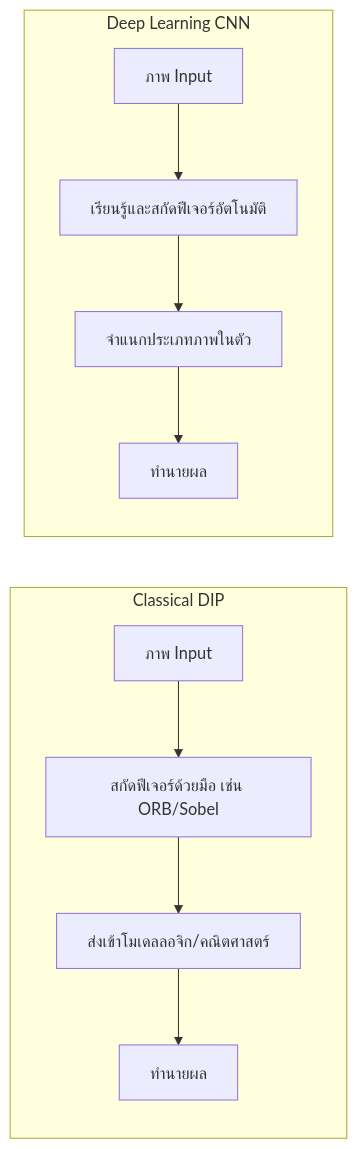
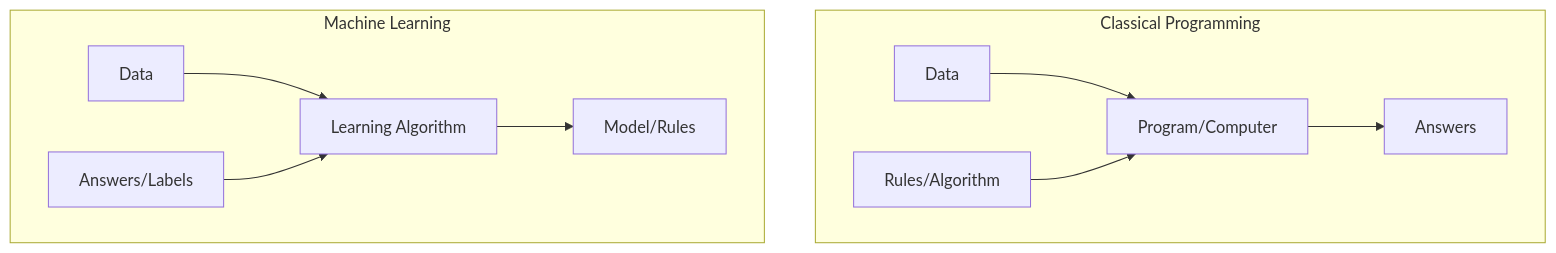
The first of 5 diagrams in week9_detailed_guide.md (PichyyyNews/image-processing), drawn with Mermaid before and after one commit. The commit also changed other lines of this file and 6 other files, not shown here.

````diff
--- a/week9_detailed_guide.md
+++ b/week9_detailed_guide.md
@@ -15,9 +21,9 @@
 ```mermaid
-flowchart LR
-    subgraph Classical DIP
-        A[ภาพ Input] --> B[สกัดฟีเจอร์ด้วยมือ เช่น ORB/Sobel] --> C[ส่งเข้าโมเดลลอจิก/คณิตศาสตร์] --> D[ทำนายผล]
+flowchart TD
+    subgraph Classical Programming
+        A[Data] & B[Rules/Algorithm] --> C[Program/Computer] --> D[Answers]
     end
-    subgraph Deep Learning CNN
-        E[ภาพ Input] --> F[เรียนรู้และสกัดฟีเจอร์อัตโนมัติ] --> G[จำแนกประเภทภาพในตัว] --> H[ทำนายผล]
+    subgraph Machine Learning
+        E[Data] & F[Answers/Labels] --> G[Learning Algorithm] --> H[Model/Rules]
     end
 ```
````
